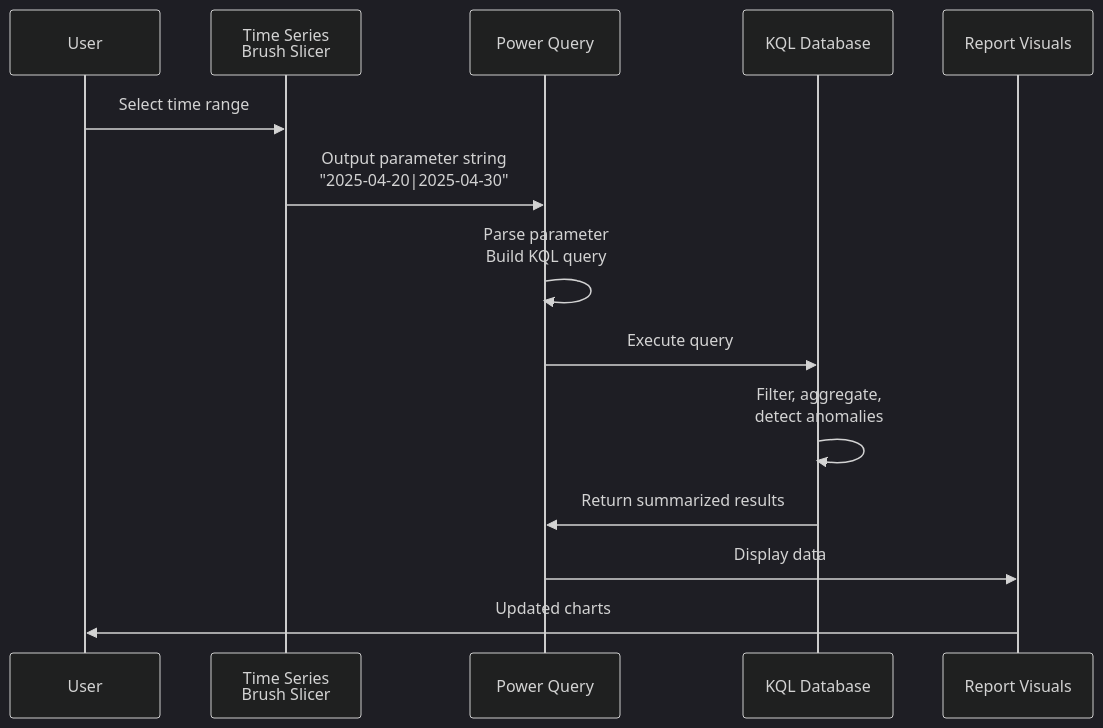
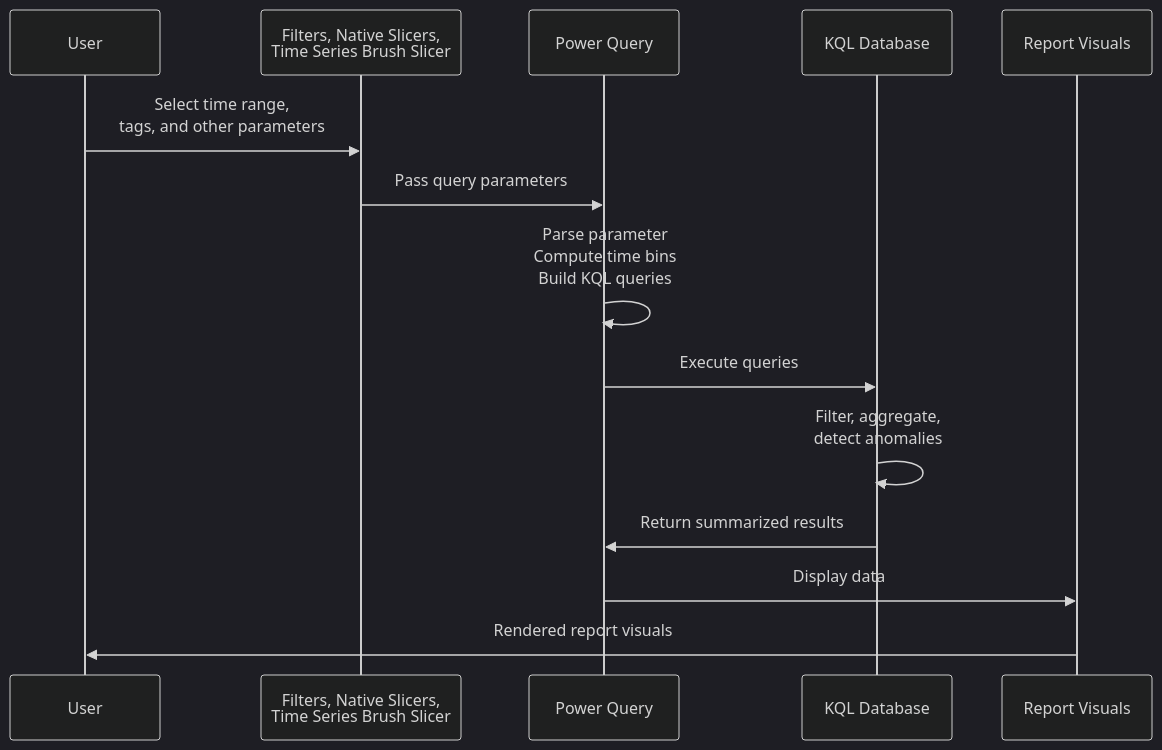
The second of 2 diagrams in docs/reference/architecture.md (slavatrofimov/Time-Series-Visualization-with-Microsoft-Fabric), drawn with Mermaid (dark theme) before and after one commit. The commit also changed other lines of this file, not shown here.

Commit message:
Improvements to architecture documentation

````diff
--- a/docs/reference/architecture.md
+++ b/docs/reference/architecture.md
@@ -98,17 +98,17 @@
 ```mermaid
 sequenceDiagram
     participant User
-    participant BrushSlicer as Time Series<br/>Brush Slicer
+    participant Inputs as Filters, Native Slicers,<br/>Time Series Brush Slicer
     participant PowerQuery as Power Query
     participant KQL as KQL Database
     participant Visuals as Report Visuals
     
-    User->>BrushSlicer: Select time range
-    BrushSlicer->>PowerQuery: Output parameter string<br/>"2025-04-20|2025-04-30"
-    PowerQuery->>PowerQuery: Parse parameter<br/>Build KQL query
-    PowerQuery->>KQL: Execute query
+    User->>Inputs: Select time range,<br/>tags, and other parameters
+    Inputs->>PowerQuery: Pass query parameters
+    PowerQuery->>PowerQuery: Parse parameter<br/>Compute time bins<br/>Build KQL queries
+    PowerQuery->>KQL: Execute queries
     KQL->>KQL: Filter, aggregate,<br/>detect anomalies
     KQL->>PowerQuery: Return summarized results
     PowerQuery->>Visuals: Display data
-    Visuals->>User: Updated charts
+    Visuals->>User: Rendered report visuals
 ```
````
